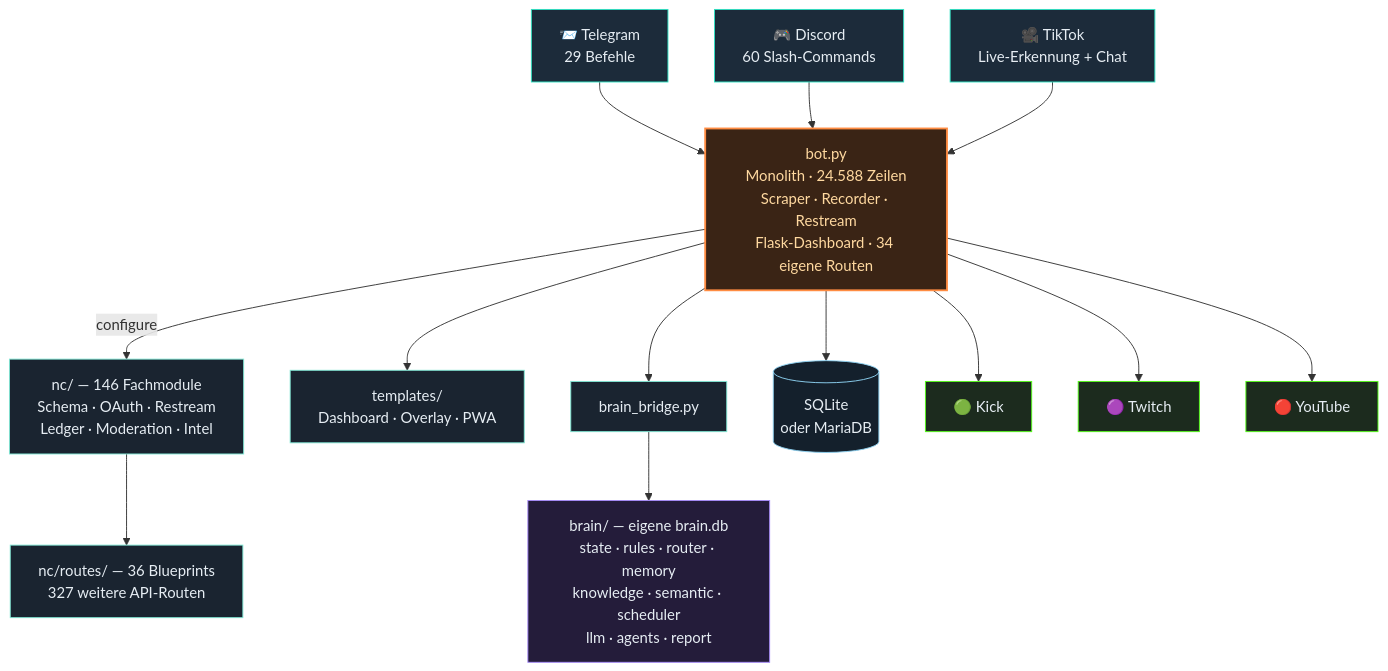
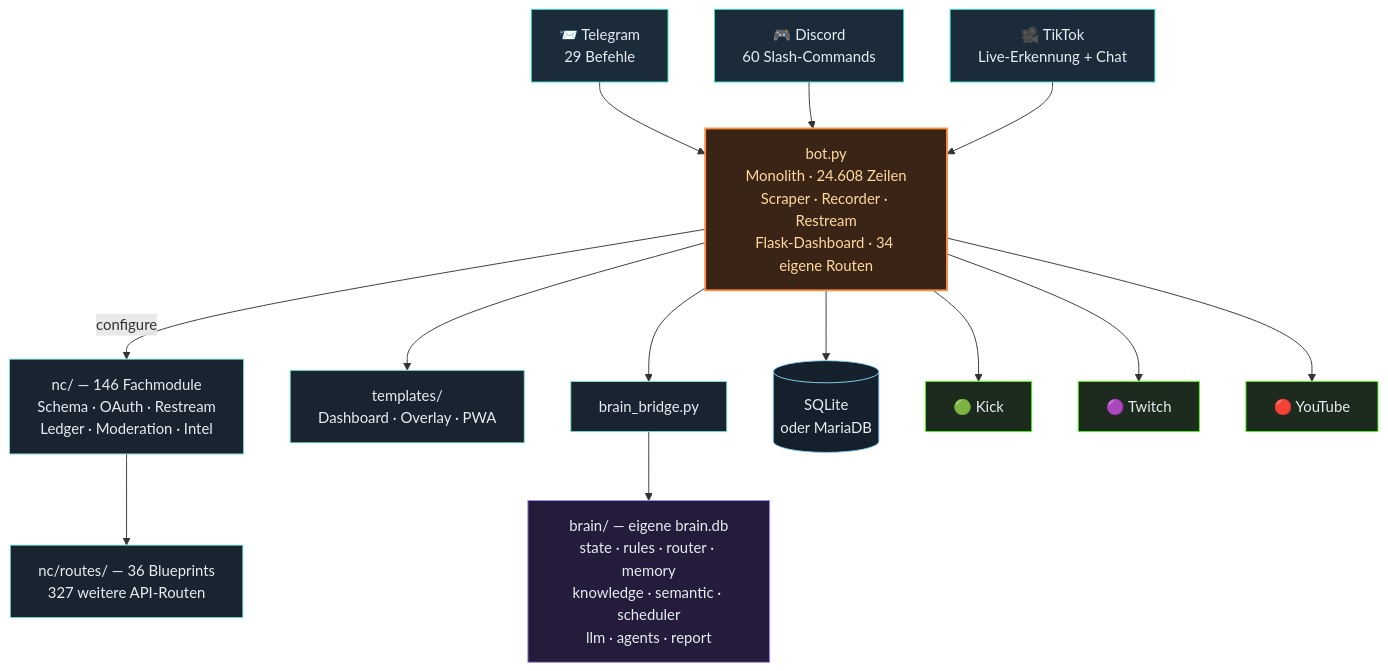
One commit to itsamemedev/Telegram-Stream-Info-Bot changed the third of 4 diagrams in README.md. Above: the diagram before and after it, drawn with Mermaid. The commit also changed other lines of this file and 10 other files, not shown here.

````diff
--- a/README.md
+++ b/README.md
@@ -189,30 +189,30 @@
 ```mermaid
 flowchart TB
     TG["📨 Telegram<br/>29 Befehle"]:::ein
     DC["🎮 Discord<br/>60 Slash-Commands"]:::ein
     TT["🎥 TikTok<br/>Live-Erkennung + Chat"]:::ein
 
     TG --> BOT
     DC --> BOT
     TT --> BOT
 
-    BOT["bot.py<br/>Monolith · 24.588 Zeilen<br/>Scraper · Recorder · Restream<br/>Flask-Dashboard · 34 eigene Routen"]:::core
+    BOT["bot.py<br/>Monolith · 24.608 Zeilen<br/>Scraper · Recorder · Restream<br/>Flask-Dashboard · 34 eigene Routen"]:::core
 
     BOT -->|configure| NC["nc/ — 146 Fachmodule<br/>Schema · OAuth · Restream<br/>Ledger · Moderation · Intel"]:::lib
     NC --> RT["nc/routes/ — 36 Blueprints<br/>327 weitere API-Routen"]:::lib
     BOT --> TPL["templates/<br/>Dashboard · Overlay · PWA"]:::lib
     BOT --> BR["brain_bridge.py"]:::lib
     BR --> BRAIN["brain/ — eigene brain.db<br/>state · rules · router · memory<br/>knowledge · semantic · scheduler<br/>llm · agents · report"]:::brain
     BOT --> DB[("SQLite<br/>oder MariaDB")]:::db
 
     BOT --> KICK["🟢 Kick"]:::out
     BOT --> TW["🟣 Twitch"]:::out
     BOT --> YT["🔴 YouTube"]:::out
 
     classDef ein fill:#1c2b3a,stroke:#2de1c2,color:#e6edf3
     classDef core fill:#3a2415,stroke:#ff8c42,stroke-width:2px,color:#ffd9a0
     classDef lib fill:#1a2430,stroke:#7fe7d4,color:#e6edf3
     classDef brain fill:#241c3a,stroke:#a78bfa,color:#e6edf3
     classDef db fill:#14202c,stroke:#8fd3f4,color:#e6edf3
     classDef out fill:#1c2b1e,stroke:#53fc18,color:#e6edf3
 ```
````
